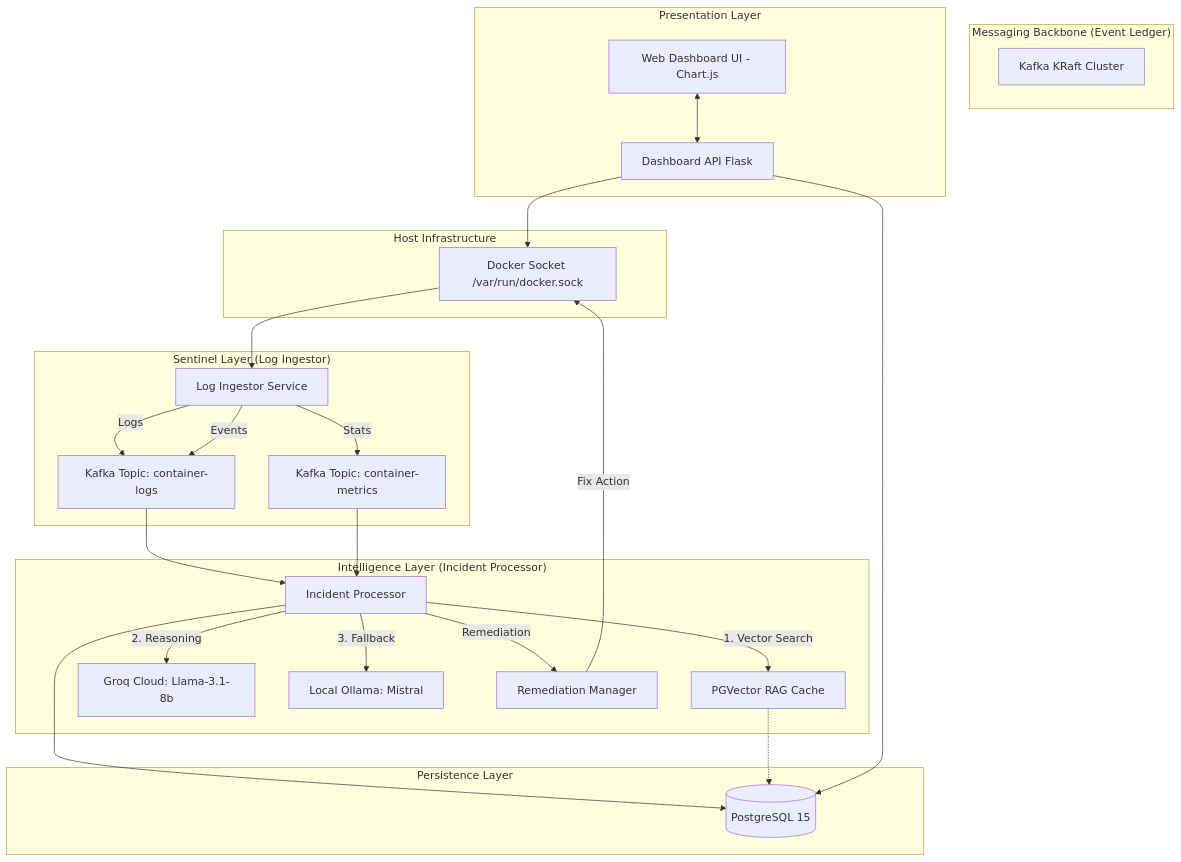
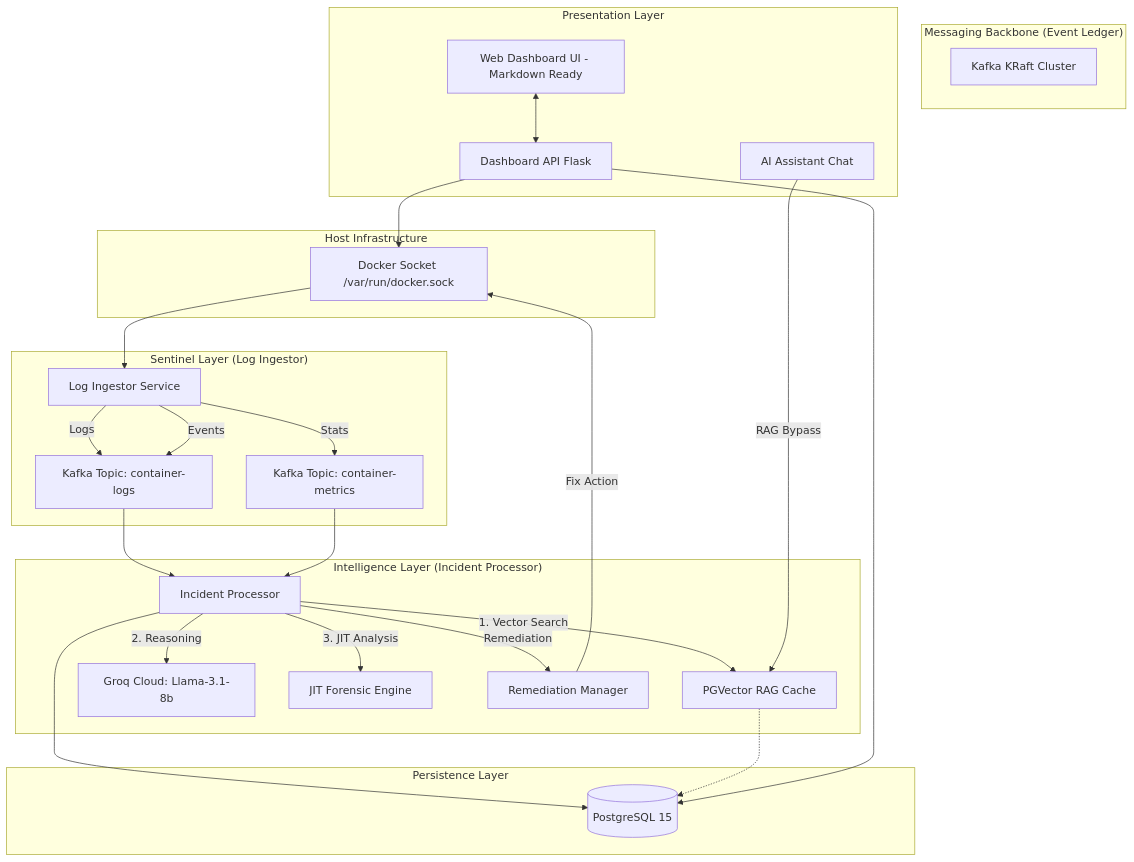
Before and after one commit to TulsiDubey/container_doctor: the first of 2 diagrams in README.md, drawn with Mermaid. The commit also changed other lines of this file and 3 other files, not shown here.

````diff
--- a/README.md
+++ b/README.md
@@ -12,45 +12,47 @@
 ```mermaid
 graph TD
     subgraph "Host Infrastructure"
         DS[Docker Socket /var/run/docker.sock]
     end
 
     subgraph "Sentinel Layer (Log Ingestor)"
         LI[Log Ingestor Service]
         DS --> LI
         LI -- "Logs" --> K_LOGS[Kafka Topic: container-logs]
         LI -- "Stats" --> K_METRICS[Kafka Topic: container-metrics]
         LI -- "Events" --> K_LOGS
     end
 
     subgraph "Messaging Backbone (Event Ledger)"
         K[Kafka KRaft Cluster]
     end
 
     subgraph "Intelligence Layer (Incident Processor)"
         IP[Incident Processor]
         K_LOGS --> IP
         K_METRICS --> IP
         
         IP -- "1. Vector Search" --> DB_V[PGVector RAG Cache]
         IP -- "2. Reasoning" --> GROQ[Groq Cloud: Llama-3.1-8b]
-        IP -- "3. Fallback" --> OLLAMA[Local Ollama: Mistral]
+        IP -- "3. JIT Analysis" --> JIT[JIT Forensic Engine]
         
         IP -- "Remediation" --> RM[Remediation Manager]
         RM -- "Fix Action" --> DS
     end
 
     subgraph "Persistence Layer"
         DB[(PostgreSQL 15)]
         IP --> DB
         DB_V -.-> DB
     end
 
     subgraph "Presentation Layer"
         API[Dashboard API Flask]
-        D[Web Dashboard UI - Chart.js]
+        D[Web Dashboard UI - Markdown Ready]
+        CH[AI Assistant Chat]
         API --> DB
         API --> DS
         D <--> API
+        CH -- "RAG Bypass" --> DB_V
     end
 ```
````
